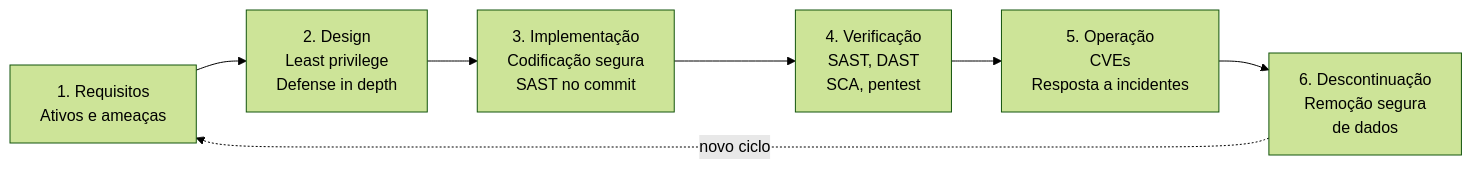
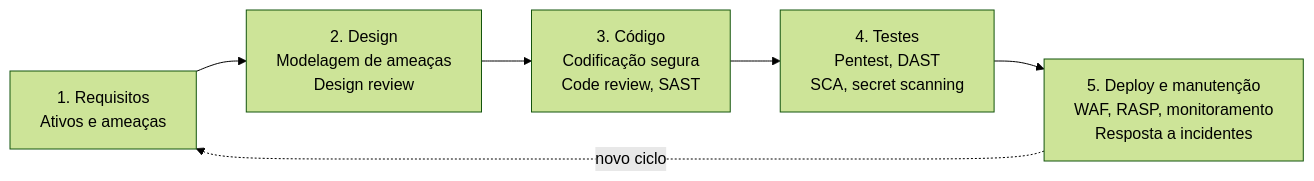
One commit to CosmIA-Lab/LAB-SDLC-IA-SEC changed the first of 6 diagrams in 01-ciclo-de-vida-seguro/README.md. Above: the diagram before and after it, drawn with Mermaid (forest theme). The commit also changed other lines of this file, not shown here.

First line of the commit message:
docs: reescreve o ponto 1 seguindo o ciclo da Janca (#1)

````diff
--- a/01-ciclo-de-vida-seguro/README.md
+++ b/01-ciclo-de-vida-seguro/README.md
@@ -11,9 +69,8 @@
 ```mermaid
 flowchart LR
-    A["1. Requisitos<br/>Ativos e ameaças"] --> B["2. Design<br/>Least privilege<br/>Defense in depth"]
-    B --> C["3. Implementação<br/>Codificação segura<br/>SAST no commit"]
-    C --> D["4. Verificação<br/>SAST, DAST<br/>SCA, pentest"]
-    D --> E["5. Operação<br/>CVEs<br/>Resposta a incidentes"]
-    E --> F["6. Descontinuação<br/>Remoção segura<br/>de dados"]
-    F -.->|"novo ciclo"| A
+    A["1. Requisitos<br/>Ativos e ameaças"] --> B["2. Design<br/>Modelagem de ameaças<br/>Design review"]
+    B --> C["3. Código<br/>Codificação segura<br/>Code review, SAST"]
+    C --> D["4. Testes<br/>Pentest, DAST<br/>SCA, secret scanning"]
+    D --> E["5. Deploy e manutenção<br/>WAF, RASP, monitoramento<br/>Resposta a incidentes"]
+    E -.->|"novo ciclo"| A
 ```
````
